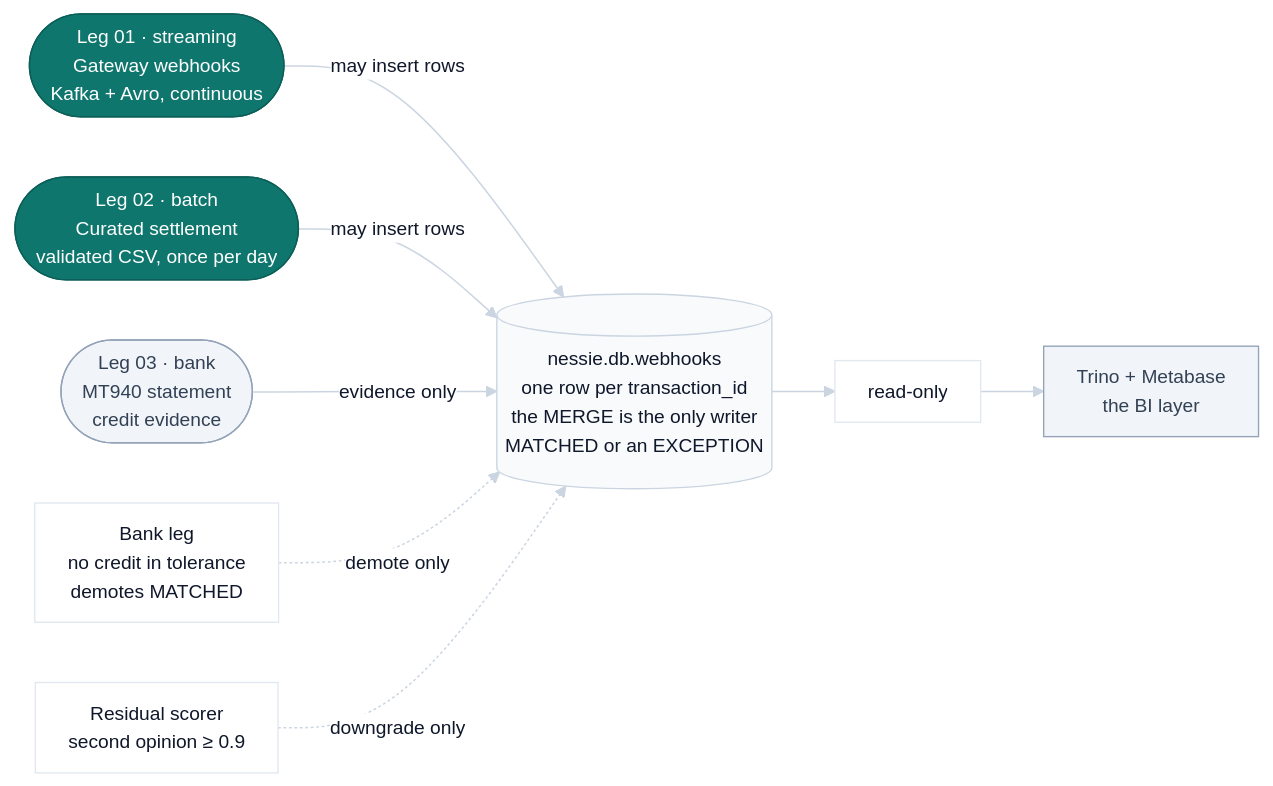
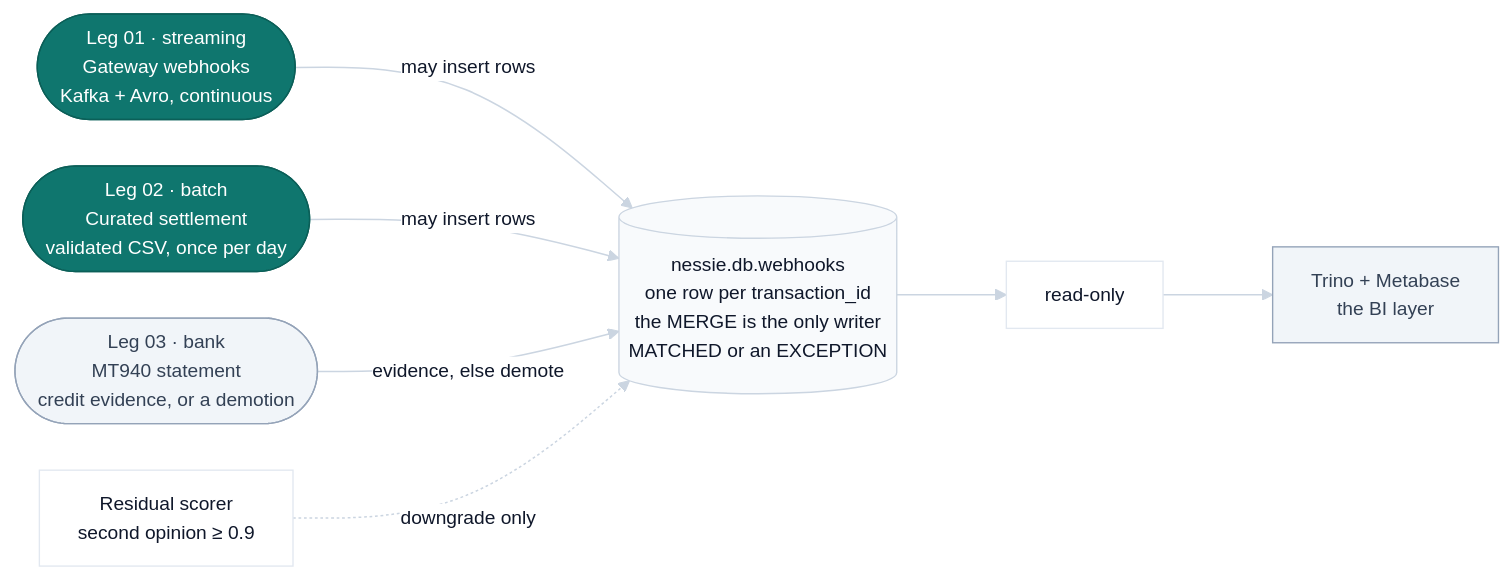
Before and after one commit to DhanushPillay/tx-recon: the first of 2 diagrams in docs/ARCHITECTURE.md, drawn with Mermaid. The commit also changed other lines of this file and 1 other file, not shown here.

````diff
--- a/docs/ARCHITECTURE.md
+++ b/docs/ARCHITECTURE.md
@@ -15,26 +15,25 @@
 ```mermaid
-%%{init: {"theme": "base", "themeVariables": {"fontFamily": "Inter, Segoe UI, system-ui, sans-serif", "fontSize": "14px", "primaryColor": "#FFFFFF", "primaryTextColor": "#0F172A", "primaryBorderColor": "#E2E8F0", "lineColor": "#CBD5E1", "secondaryColor": "#F8FAFC", "tertiaryColor": "#F1F5F9", "clusterBkg": "#FCFCFD", "clusterBorder": "#EEF2F7", "edgeLabelBackground": "#FFFFFF", "mainBkg": "#FFFFFF", "titleColor": "#0F172A"}, "flowchart": {"curve": "basis", "nodeSpacing": 44, "rankSpacing": 46, "padding": 12, "useMaxWidth": true}}}%%
+%%{init: {"theme": "base", "look": "classic", "layout": "dagre", "themeVariables": {"fontSize": "14px", "primaryColor": "#FFFFFF", "primaryTextColor": "#0F172A", "primaryBorderColor": "#E2E8F0", "lineColor": "#CBD5E1", "secondaryColor": "#F8FAFC", "tertiaryColor": "#F1F5F9", "clusterBkg": "#FCFCFD", "clusterBorder": "#EEF2F7", "edgeLabelBackground": "#FFFFFF", "mainBkg": "#FFFFFF", "titleColor": "#0F172A", "useGradient": false}, "flowchart": {"curve": "basis", "nodeSpacing": 34, "rankSpacing": 80, "padding": 14, "useMaxWidth": true}}}%%
 flowchart LR
   L1(["Leg 01 · streaming<br/>Gateway webhooks<br/>Kafka + Avro, continuous"]):::ing
   L2(["Leg 02 · batch<br/>Curated settlement<br/>validated CSV, once per day"]):::ing
-  L3(["Leg 03 · bank<br/>MT940 statement<br/>credit evidence"]):::serve
+  L3(["Leg 03 · bank<br/>MT940 statement<br/>credit evidence, or a demotion"]):::serve
+  RS["Residual scorer<br/>second opinion ≥ 0.9"]
 
   T[("nessie.db.webhooks<br/>one row per transaction_id<br/>the MERGE is the only writer<br/>MATCHED or an EXCEPTION")]:::store
+  RO["read-only"]
+  BI["Trino + Metabase<br/>the BI layer"]:::serve
 
   L1 -->|"may insert rows"| T
   L2 -->|"may insert rows"| T
-  L3 -->|"evidence only"| T
-
-  BL["Bank leg<br/>no credit in tolerance<br/>demotes MATCHED"]
-  RS["Residual scorer<br/>second opinion ≥ 0.9"]
-  BL -.->|"demote only"| T
+  L3 -->|"evidence, else demote"| T
   RS -.->|"downgrade only"| T
 
-  T --> RO["read-only"]
-  RO --> BI["Trino + Metabase<br/>the BI layer"]:::serve
+  T --> RO
+  RO --> BI
 
   classDef ing fill:#0F766E,stroke:#0B5F58,color:#FFFFFF,stroke-width:1px;
   classDef store fill:#F8FAFC,stroke:#CBD5E1,color:#0F172A,stroke-width:1px;
   classDef serve fill:#F1F5F9,stroke:#94A3B8,color:#334155,stroke-width:1px;
   linkStyle default stroke:#CBD5E1,stroke-width:1.1px;
 ```
````
